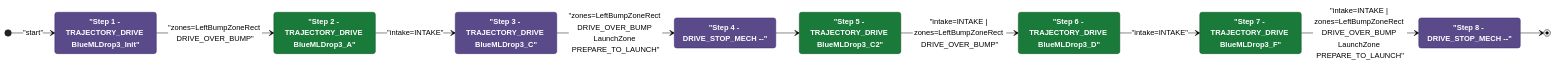
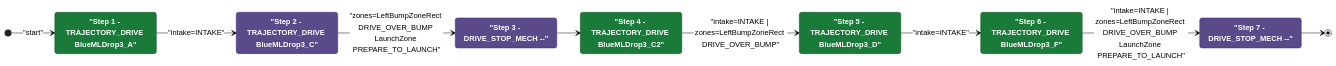
One commit to Team302/2026Rebuilt changed the diagram in documents/auton/RedBDepKeep3NDepNOutScoreNCliWin.md. Above: the diagram before and after it, drawn with Mermaid (neutral theme). The commit also changed other lines of this file and 131 other files, not shown here.

First line of the commit message:
docs(auton): regenerate Mermaid diagrams [skip ci]

````diff
--- a/documents/auton/RedBDepKeep3NDepNOutScoreNCliWin.md
+++ b/documents/auton/RedBDepKeep3NDepNOutScoreNCliWin.md
@@ -8,36 +8,33 @@
 ```mermaid
 stateDiagram-v2
     direction LR
 
     %% Green = intake active, Purple = intake off
     classDef intake  fill:#1a7a3a,color:#ffffff,stroke:#0d4a1f,font-weight:bold
     classDef noIntake fill:#5a4a8a,color:#ffffff,stroke:#3a2a6a,font-weight:bold
 
-    Step1 : "Step 1 - TRAJECTORY_DRIVE BlueMLDrop3_Init"
-    Step2 : "Step 2 - TRAJECTORY_DRIVE BlueMLDrop3_A"
-    Step3 : "Step 3 - TRAJECTORY_DRIVE BlueMLDrop3_C"
-    Step4 : "Step 4 - DRIVE_STOP_MECH --"
-    Step5 : "Step 5 - TRAJECTORY_DRIVE BlueMLDrop3_C2"
-    Step6 : "Step 6 - TRAJECTORY_DRIVE BlueMLDrop3_D"
-    Step7 : "Step 7 - TRAJECTORY_DRIVE BlueMLDrop3_F"
-    Step8 : "Step 8 - DRIVE_STOP_MECH --"
+    Step1 : "Step 1 - TRAJECTORY_DRIVE BlueMLDrop3_A"
+    Step2 : "Step 2 - TRAJECTORY_DRIVE BlueMLDrop3_C"
+    Step3 : "Step 3 - DRIVE_STOP_MECH --"
+    Step4 : "Step 4 - TRAJECTORY_DRIVE BlueMLDrop3_C2"
+    Step5 : "Step 5 - TRAJECTORY_DRIVE BlueMLDrop3_D"
+    Step6 : "Step 6 - TRAJECTORY_DRIVE BlueMLDrop3_F"
+    Step7 : "Step 7 - DRIVE_STOP_MECH --"
 
-    class Step1 noIntake
-    class Step2 intake
+    class Step1 intake
+    class Step2 noIntake
     class Step3 noIntake
-    class Step4 noIntake
+    class Step4 intake
     class Step5 intake
     class Step6 intake
-    class Step7 intake
-    class Step8 noIntake
+    class Step7 noIntake
 
     [*] --> Step1 : "start"
-    Step1 --> Step2: "zones=LeftBumpZoneRect DRIVE_OVER_BUMP"
-    Step2 --> Step3: "intake=INTAKE"
-    Step3 --> Step4: "zones=LeftBumpZoneRect DRIVE_OVER_BUMP LaunchZone PREPARE_TO_LAUNCH"
-    Step4 --> Step5
-    Step5 --> Step6: "intake=INTAKE | zones=LeftBumpZoneRect DRIVE_OVER_BUMP"
-    Step6 --> Step7: "intake=INTAKE"
-    Step7 --> Step8: "intake=INTAKE | zones=LeftBumpZoneRect DRIVE_OVER_BUMP LaunchZone PREPARE_TO_LAUNCH"
-    Step8 --> [*]
+    Step1 --> Step2: "intake=INTAKE"
+    Step2 --> Step3: "zones=LeftBumpZoneRect DRIVE_OVER_BUMP LaunchZone PREPARE_TO_LAUNCH"
+    Step3 --> Step4
+    Step4 --> Step5: "intake=INTAKE | zones=LeftBumpZoneRect DRIVE_OVER_BUMP"
+    Step5 --> Step6: "intake=INTAKE"
+    Step6 --> Step7: "intake=INTAKE | zones=LeftBumpZoneRect DRIVE_OVER_BUMP LaunchZone PREPARE_TO_LAUNCH"
+    Step7 --> [*]
 ```
````
